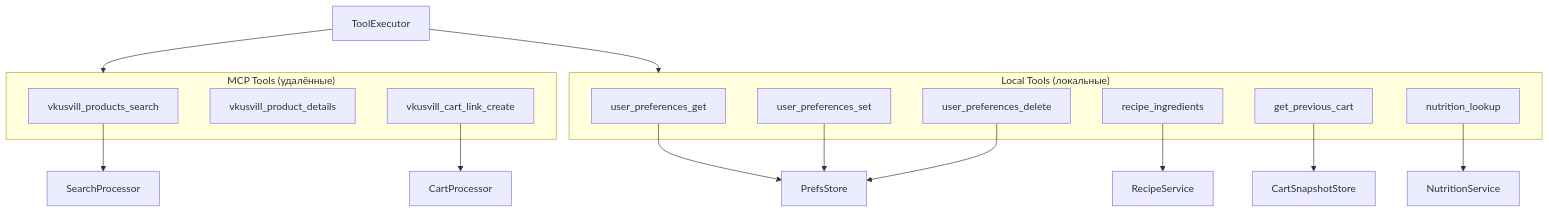
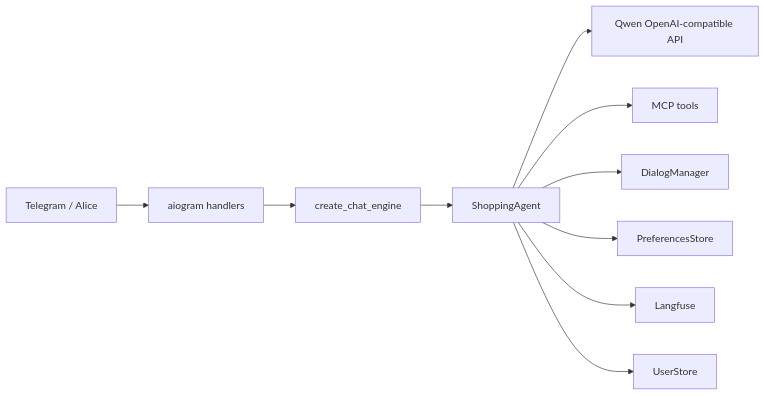
Before and after one commit to mrPDA/vkuswill_bot: the diagram in docs/ARCHITECTURE.md, drawn with Mermaid. The commit also changed other lines of this file and 1 other file, not shown here.

Commit message:
docs: align architecture and response-contract runbooks

````diff
--- a/docs/ARCHITECTURE.md
+++ b/docs/ARCHITECTURE.md
@@ -353,32 +7,12 @@
 ```mermaid
-flowchart TB
-    TE[ToolExecutor]
-    
-    subgraph MCP["MCP Tools (удалённые)"]
-        VS[vkusvill_products_search]
-        VD[vkusvill_product_details]
-        VCL[vkusvill_cart_link_create]
-    end
-
-    subgraph Local["Local Tools (локальные)"]
-        UPG[user_preferences_get]
-        UPS[user_preferences_set]
-        UPD[user_preferences_delete]
-        RI[recipe_ingredients]
-        GPC[get_previous_cart]
-        NL[nutrition_lookup]
-    end
-
-    TE --> MCP
-    TE --> Local
-    
-    UPG --> PrefsStore
-    UPS --> PrefsStore
-    UPD --> PrefsStore
-    RI --> RecipeService
-    GPC --> CartSnapshotStore
-    NL --> NutritionService
-    
-    VS --> SearchProcessor
-    VCL --> CartProcessor
+flowchart LR
+    U[Telegram / Alice] --> H[aiogram handlers]
+    H --> F[create_chat_engine]
+    F --> A[ShoppingAgent]
+    A --> LLM[Qwen OpenAI-compatible API]
+    A --> MCP[MCP tools]
+    A --> D[DialogManager]
+    A --> P[PreferencesStore]
+    A --> LF[Langfuse]
+    A --> US[UserStore]
 ```
````
